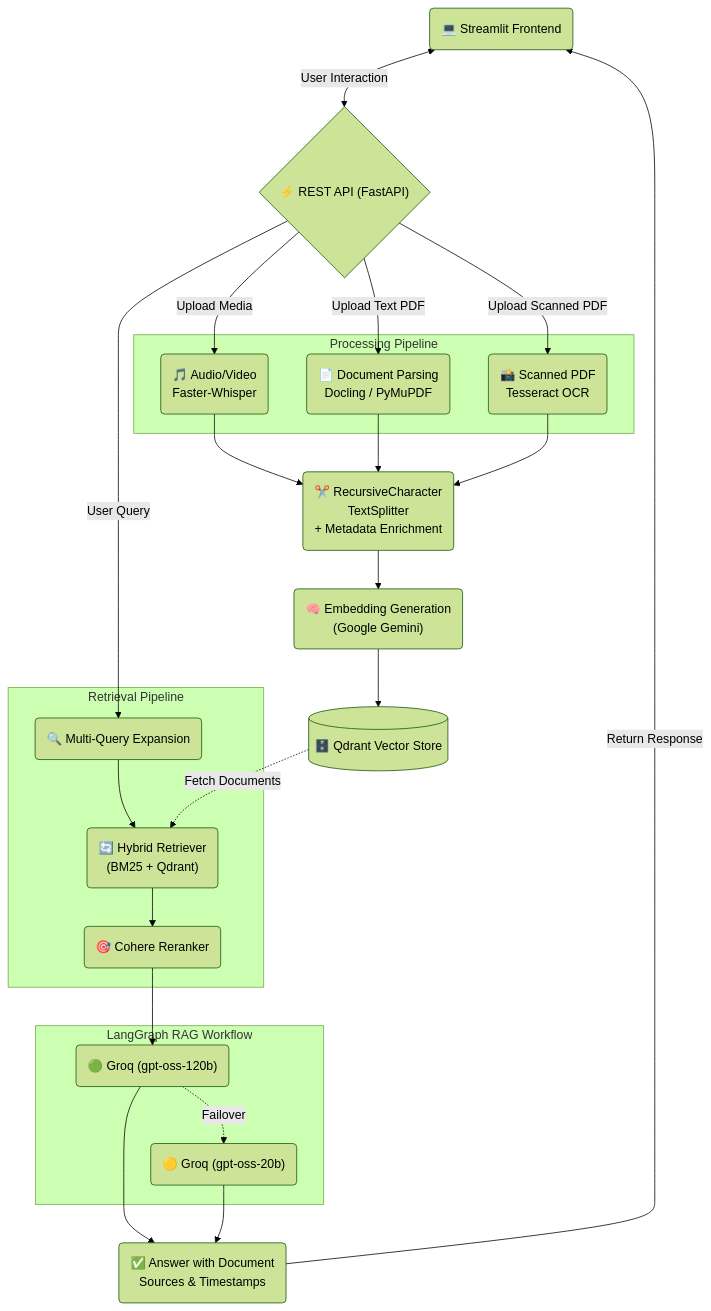
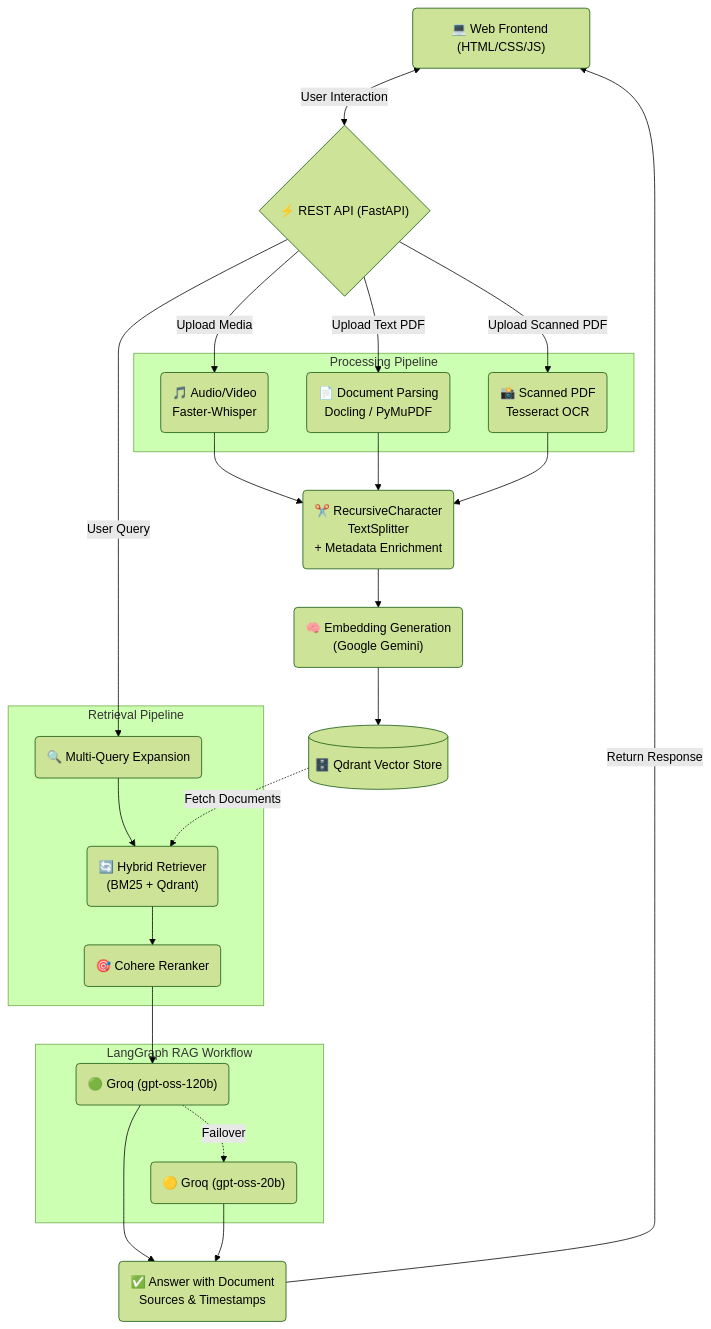
The diagram in README.md (Uday-1001/CogniSphere), drawn with Mermaid (forest theme) before and after one commit. The commit also changed other lines of this file and 17 other files, not shown here.

Commit message:
Use of native HTML/CSS and JS for faster actions in UI, add Render deployment configs

````diff
--- a/README.md
+++ b/README.md
@@ -47,56 +47,56 @@
 ```mermaid
 flowchart TD
     %% Nodes
-    UI("💻 Streamlit Frontend")
+    UI("💻 Web Frontend (HTML/CSS/JS)")
     API{"⚡ REST API (FastAPI)"}
     
     subgraph "Processing Pipeline"
         AV("🎵 Audio/Video<br>Faster-Whisper")
         Doc("📄 Document Parsing<br>Docling / PyMuPDF")
         Scan("📸 Scanned PDF<br>Tesseract OCR")
     end
     
     Chunking("✂️ RecursiveCharacter<br>TextSplitter<br>+ Metadata Enrichment")
     Embed("🧠 Embedding Generation<br>(Google Gemini)")
     DB[("🗄️ Qdrant Vector Store")]
     
     subgraph "Retrieval Pipeline"
         MQE("🔍 Multi-Query Expansion")
         Hybrid("🔄 Hybrid Retriever<br>(BM25 + Qdrant)")
         Rerank("🎯 Cohere Reranker")
     end
     
     subgraph "LangGraph RAG Workflow"
         Groq1("🟢 Groq (gpt-oss-120b)")
         Groq2("🟡 Groq (gpt-oss-20b)")
     end
     
     Out("✅ Answer with Document<br>Sources & Timestamps")
     
     %% Edges
     UI <-->|User Interaction| API
     
     API -->|Upload Media| AV
     API -->|Upload Text PDF| Doc
     API -->|Upload Scanned PDF| Scan
     
     AV --> Chunking
     Doc --> Chunking
     Scan --> Chunking
     
     Chunking --> Embed
     Embed --> DB
     
     API -->|User Query| MQE
     MQE --> Hybrid
     DB -.->|Fetch Documents| Hybrid
     Hybrid --> Rerank
     
     Rerank --> Groq1
     Groq1 -.->|Failover| Groq2
     
     Groq1 --> Out
     Groq2 --> Out
     
     Out -->|Return Response| UI
 ```
````
